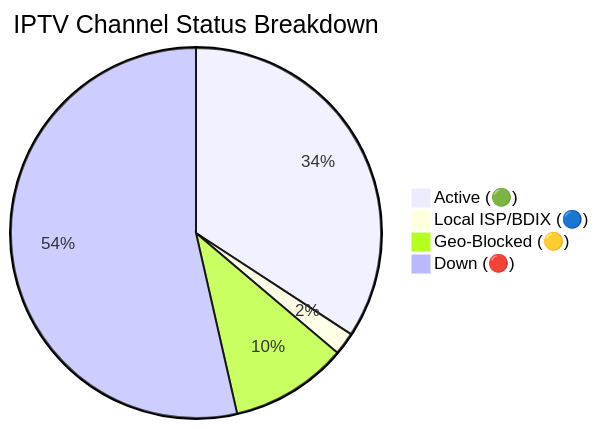
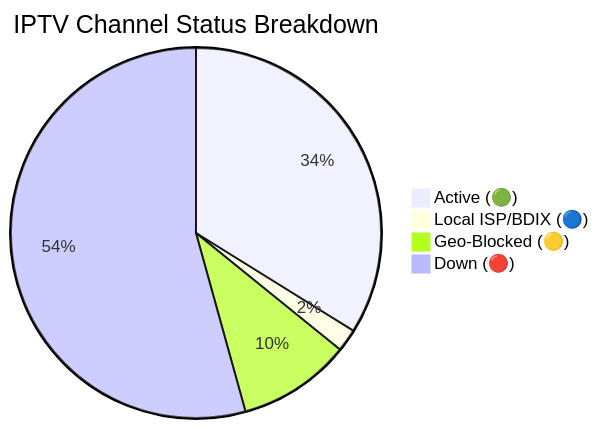
One commit to andreataylord/Ip-tv-Collection changed the diagram in README.md. Above: the diagram before and after it, drawn with Mermaid. The commit also changed other lines of this file and 1 other file, not shown here.

Commit message:
docs(readme): auto-update daily channel status chart

````diff
--- a/README.md
+++ b/README.md
@@ -59,7 +59,7 @@
 ```mermaid
 pie title IPTV Channel Status Breakdown
-    "Active (🟢)" : 2216
+    "Active (🟢)" : 2193
     "Local ISP/BDIX (🔵)" : 128
-    "Geo-Blocked (🟡)" : 664
-    "Down (🔴)" : 3470
+    "Geo-Blocked (🟡)" : 639
+    "Down (🔴)" : 3518
 ```
````
